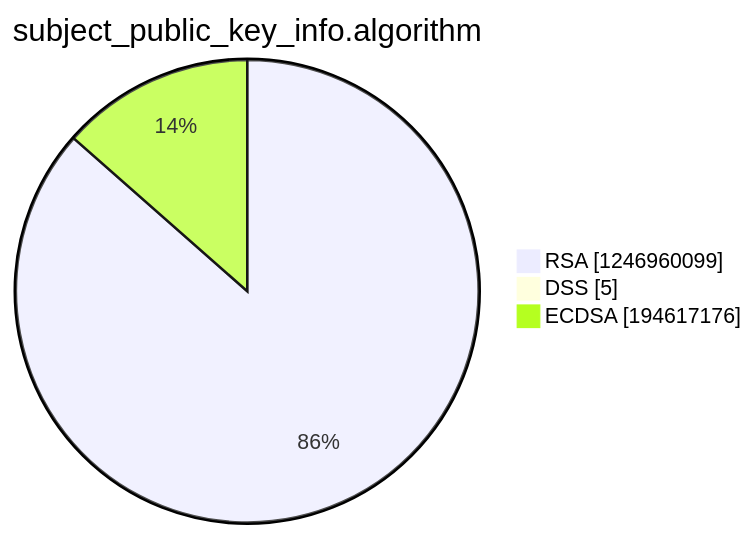
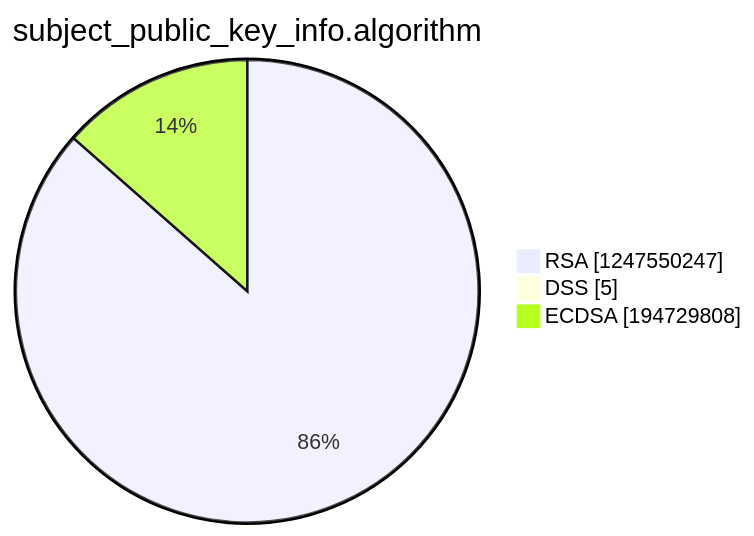
The third of 15 diagrams in argon2022/README.md (christiankrug/ctmonitor_visualization), drawn with Mermaid before and after one commit. The commit also changed other lines of this file, not shown here.

````diff
--- a/argon2022/README.md
+++ b/argon2022/README.md
@@ -14,7 +14,7 @@
 ```mermaid
 pie showData
 title subject_public_key_info.algorithm
-"RSA" :1246960099
+"RSA" :1247550247
 "DSS" :5
-"ECDSA" :194617176
+"ECDSA" :194729808
 ```
````
